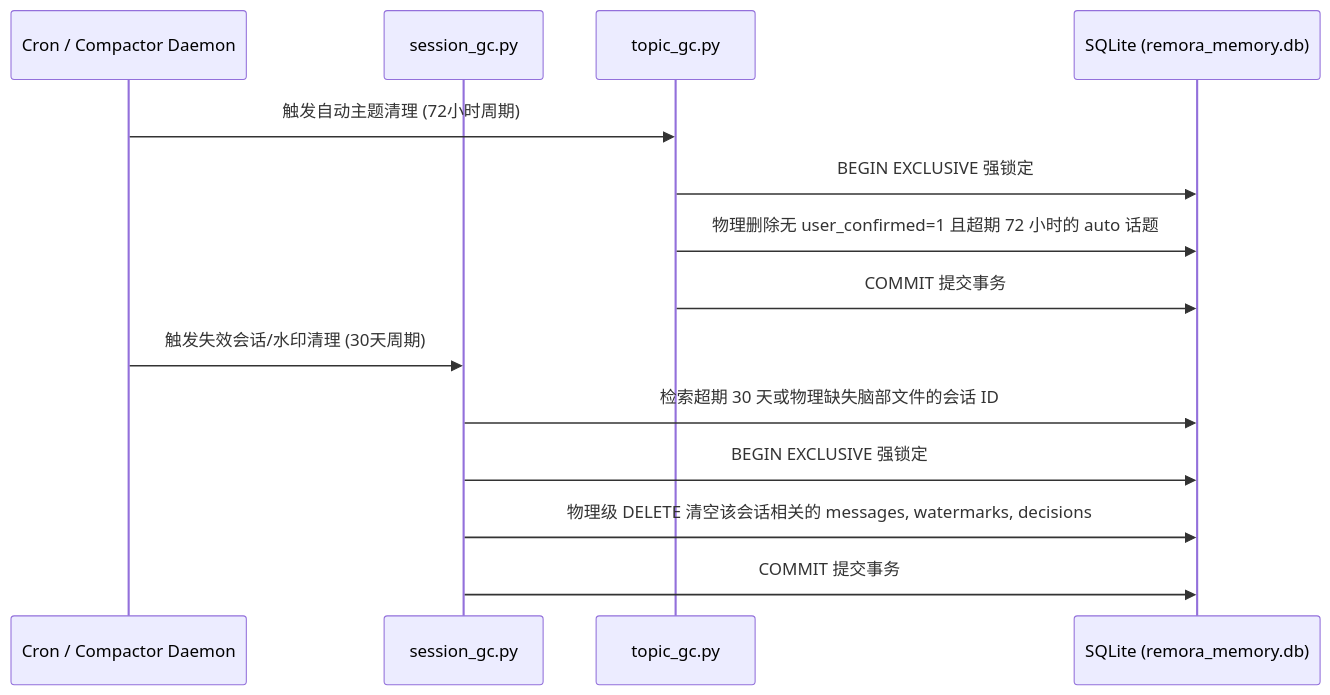
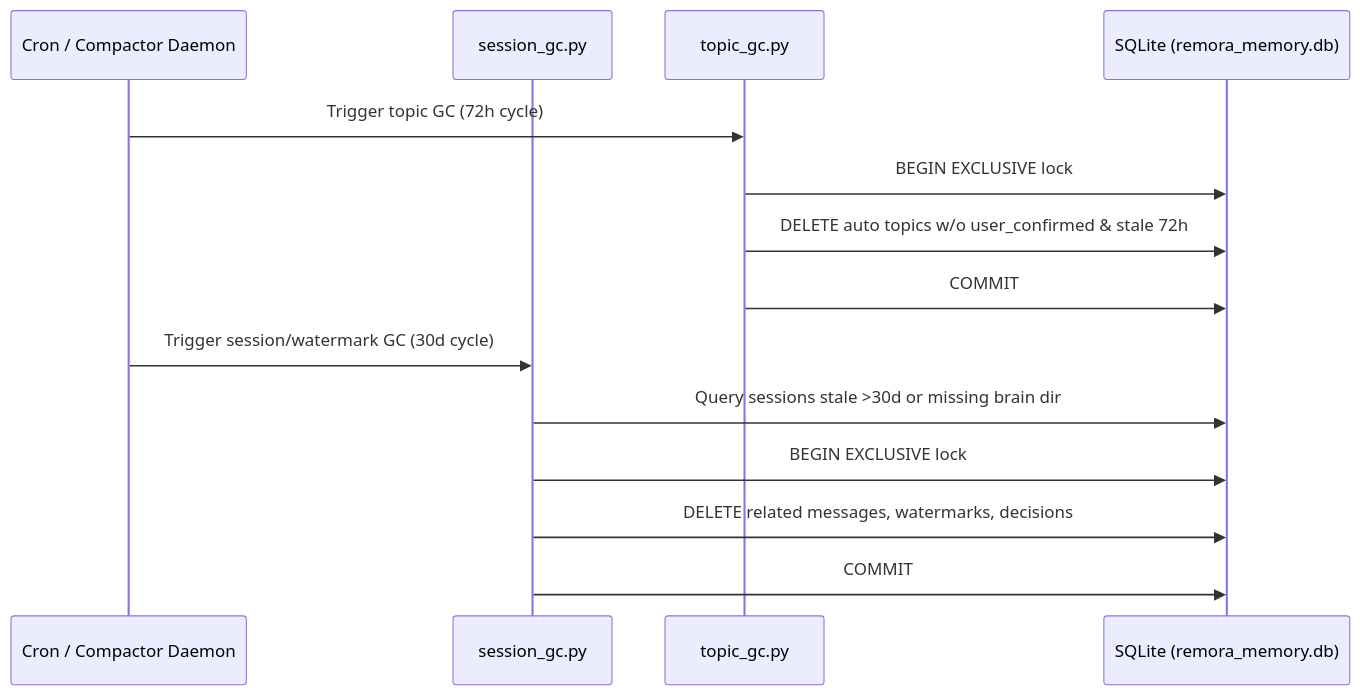
Before and after one commit to pseudoming/remora-plugin: the sixth of 11 diagrams in docs/business_flows.md, drawn with Mermaid. The commit also changed other lines of this file and 10 other files, not shown here.

````diff
--- a/docs/business_flows.md
+++ b/docs/business_flows.md
@@ -250,18 +252,18 @@
 ```mermaid
 sequenceDiagram
     participant Cron as Cron / Compactor Daemon
     participant SGC as session_gc.py
     participant TGC as topic_gc.py
     participant DB as SQLite (remora_memory.db)
     
-    Cron->>TGC: 触发自动主题清理 (72小时周期)
-    TGC->>DB: BEGIN EXCLUSIVE 强锁定
-    TGC->>DB: 物理删除无 user_confirmed=1 且超期 72 小时的 auto 话题
-    TGC->>DB: COMMIT 提交事务
+    Cron->>TGC: Trigger topic GC (72h cycle)
+    TGC->>DB: BEGIN EXCLUSIVE lock
+    TGC->>DB: DELETE auto topics w/o user_confirmed & stale 72h
+    TGC->>DB: COMMIT
     
-    Cron->>SGC: 触发失效会话/水印清理 (30天周期)
-    SGC->>DB: 检索超期 30 天或物理缺失脑部文件的会话 ID
-    SGC->>DB: BEGIN EXCLUSIVE 强锁定
-    SGC->>DB: 物理级 DELETE 清空该会话相关的 messages, watermarks, decisions
-    SGC->>DB: COMMIT 提交事务
+    Cron->>SGC: Trigger session/watermark GC (30d cycle)
+    SGC->>DB: Query sessions stale >30d or missing brain dir
+    SGC->>DB: BEGIN EXCLUSIVE lock
+    SGC->>DB: DELETE related messages, watermarks, decisions
+    SGC->>DB: COMMIT
 ```
````
